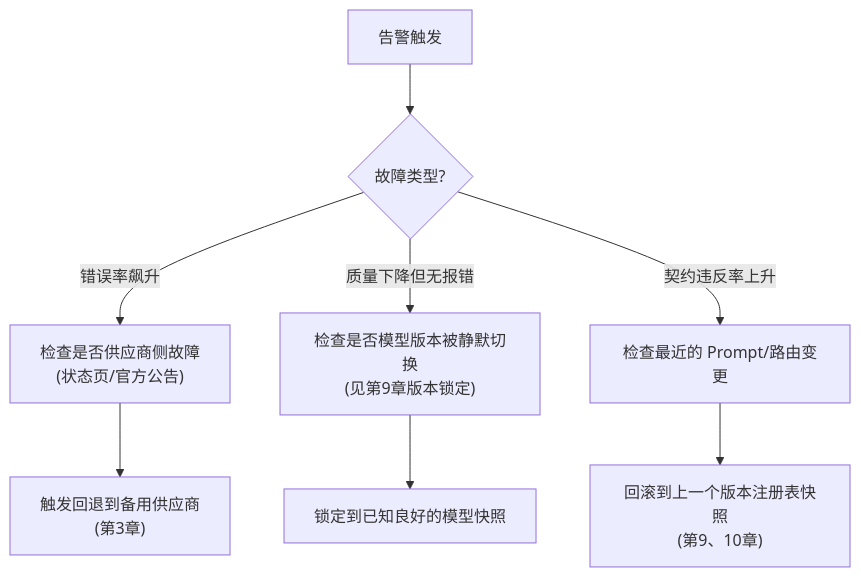
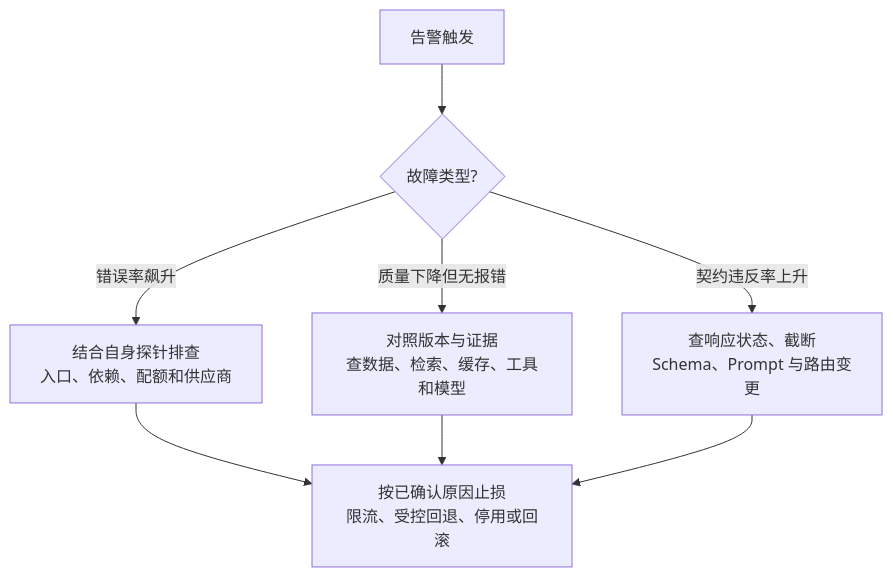
Before and after one commit to oneleaveknowsthefall/awesome-ai-roadmap: the second of 2 diagrams in docs/engineering/06-performance-operations/12-slo-capacity-incident-response.md, drawn with Mermaid. The commit also changed 27 other files, not shown here.

````diff
--- a/docs/engineering/06-performance-operations/12-slo-capacity-incident-response.md
+++ b/docs/engineering/06-performance-operations/12-slo-capacity-incident-response.md
@@ -72,10 +72,10 @@
 ```mermaid
 flowchart TB
     ALERT["告警触发"] --> TRIAGE{"故障类型?"}
-    TRIAGE -->|错误率飙升| CHECK_PROVIDER["检查是否供应商侧故障<br/>(状态页/官方公告)"]
-    TRIAGE -->|质量下降但无报错| CHECK_MODEL["检查是否模型版本被静默切换<br/>(见第9章版本锁定)"]
-    TRIAGE -->|契约违反率上升| CHECK_PROMPT["检查最近的 Prompt/路由变更"]
-    CHECK_PROVIDER --> MITIGATE["触发回退到备用供应商<br/>(第3章)"]
-    CHECK_MODEL --> MITIGATE2["锁定到已知良好的模型快照"]
-    CHECK_PROMPT --> ROLLBACK["回滚到上一个版本注册表快照<br/>(第9、10章)"]
+    TRIAGE -->|错误率飙升| CHECK_PROVIDER["结合自身探针排查<br/>入口、依赖、配额和供应商"]
+    TRIAGE -->|质量下降但无报错| CHECK_MODEL["对照版本与证据<br/>查数据、检索、缓存、工具和模型"]
+    TRIAGE -->|契约违反率上升| CHECK_PROMPT["查响应状态、截断<br/>Schema、Prompt 与路由变更"]
+    CHECK_PROVIDER --> MITIGATE["按已确认原因止损<br/>限流、受控回退、停用或回滚"]
+    CHECK_MODEL --> MITIGATE
+    CHECK_PROMPT --> MITIGATE
 ```
````
